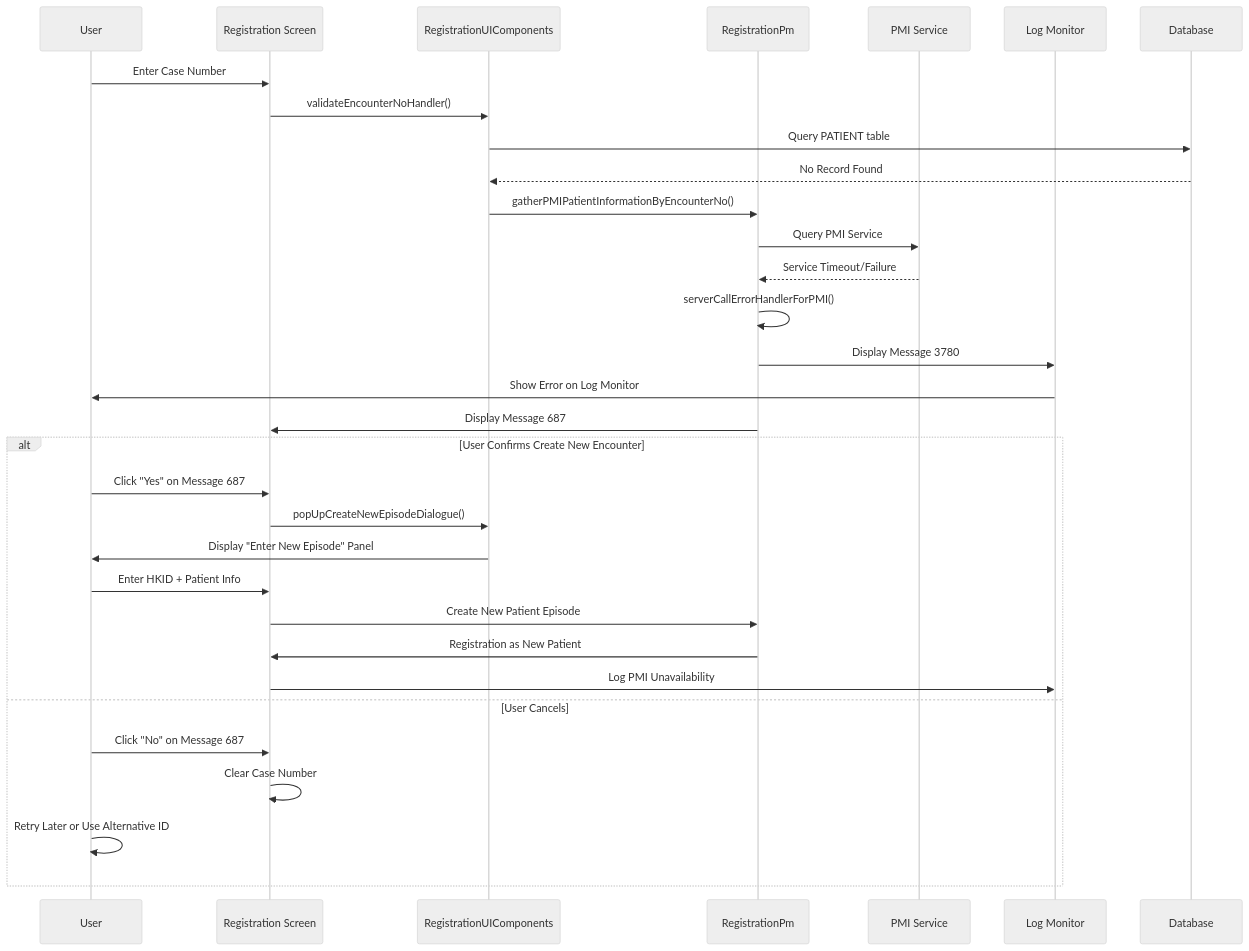
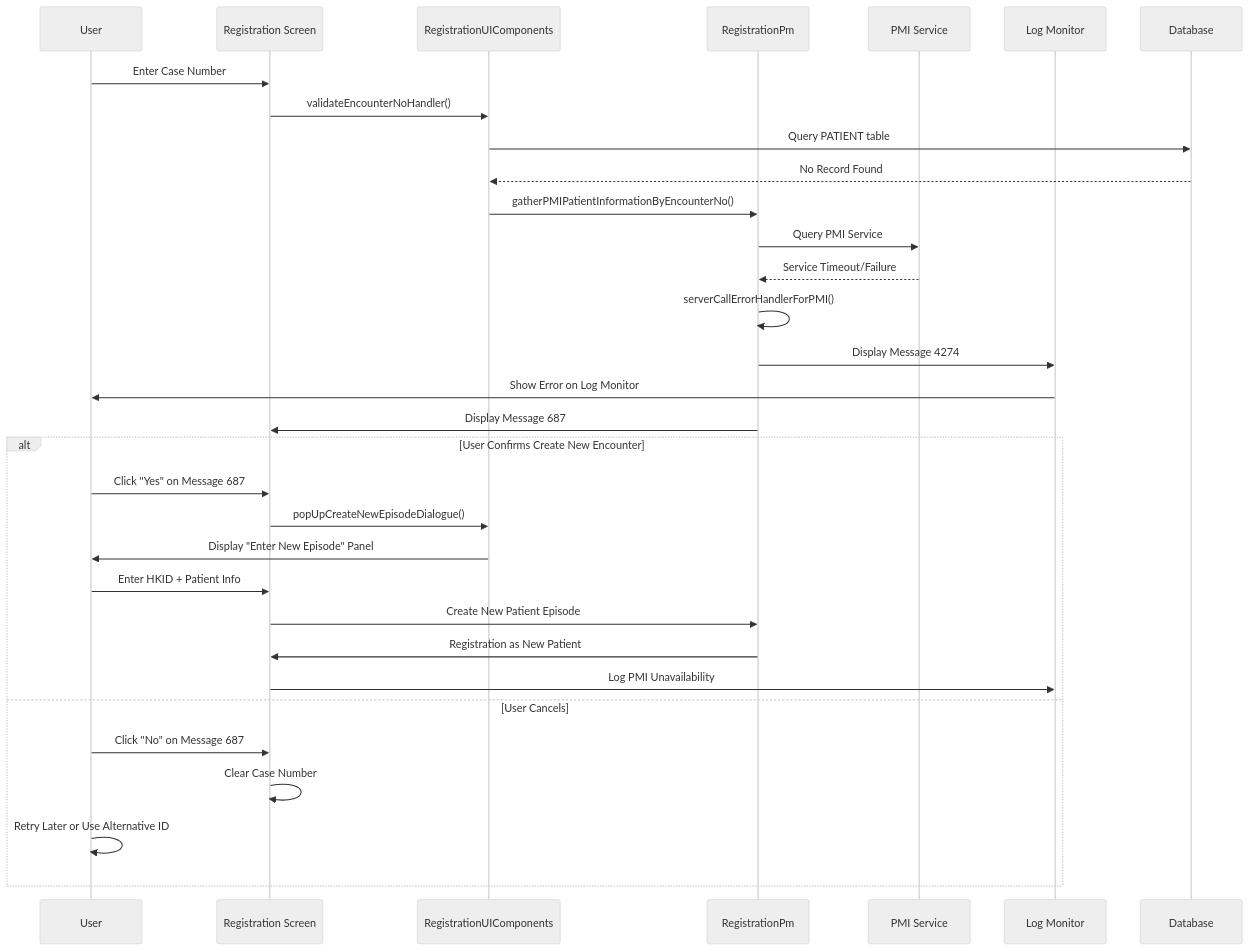
The fourth of 4 diagrams in Knowledge Base/01_Screens/Registration/Workflows/Retrieve Patient by Encounter Number.md (DragonChong/HA-Notes), drawn with Mermaid (neutral theme) before and after one commit. The commit also changed other lines of this file and 1 other file, not shown here.

````diff
--- a/Knowledge Base/01_Screens/Registration/Workflows/Retrieve Patient by Encounter Number.md
+++ b/Knowledge Base/01_Screens/Registration/Workflows/Retrieve Patient by Encounter Number.md
@@ -444,35 +444,35 @@
 ```mermaid
 sequenceDiagram
     participant User
     participant RegScreen as Registration Screen
     participant RegUIComp as RegistrationUIComponents
     participant RegPm as RegistrationPm
     participant PMI as PMI Service
     participant LogMonitor as Log Monitor
     
     User->>RegScreen: Enter Case Number
     RegScreen->>RegUIComp: validateEncounterNoHandler()
     RegUIComp->>Database: Query PATIENT table
     Database-->>RegUIComp: No Record Found
     RegUIComp->>RegPm: gatherPMIPatientInformationByEncounterNo()
     RegPm->>PMI: Query PMI Service
     PMI-->>RegPm: Service Timeout/Failure
     RegPm->>RegPm: serverCallErrorHandlerForPMI()
-    RegPm->>LogMonitor: Display Message 3780
+    RegPm->>LogMonitor: Display Message 4274
     LogMonitor->>User: Show Error on Log Monitor
     RegPm->>RegScreen: Display Message 687
     
     alt User Confirms Create New Encounter
         User->>RegScreen: Click "Yes" on Message 687
         RegScreen->>RegUIComp: popUpCreateNewEpisodeDialogue()
         RegUIComp->>User: Display "Enter New Episode" Panel
         User->>RegScreen: Enter HKID + Patient Info
         RegScreen->>RegPm: Create New Patient Episode
         RegPm->>RegScreen: Registration as New Patient
         RegScreen->>LogMonitor: Log PMI Unavailability
     else User Cancels
         User->>RegScreen: Click "No" on Message 687
         RegScreen->>RegScreen: Clear Case Number
         User->>User: Retry Later or Use Alternative ID
     end
 ```
````
